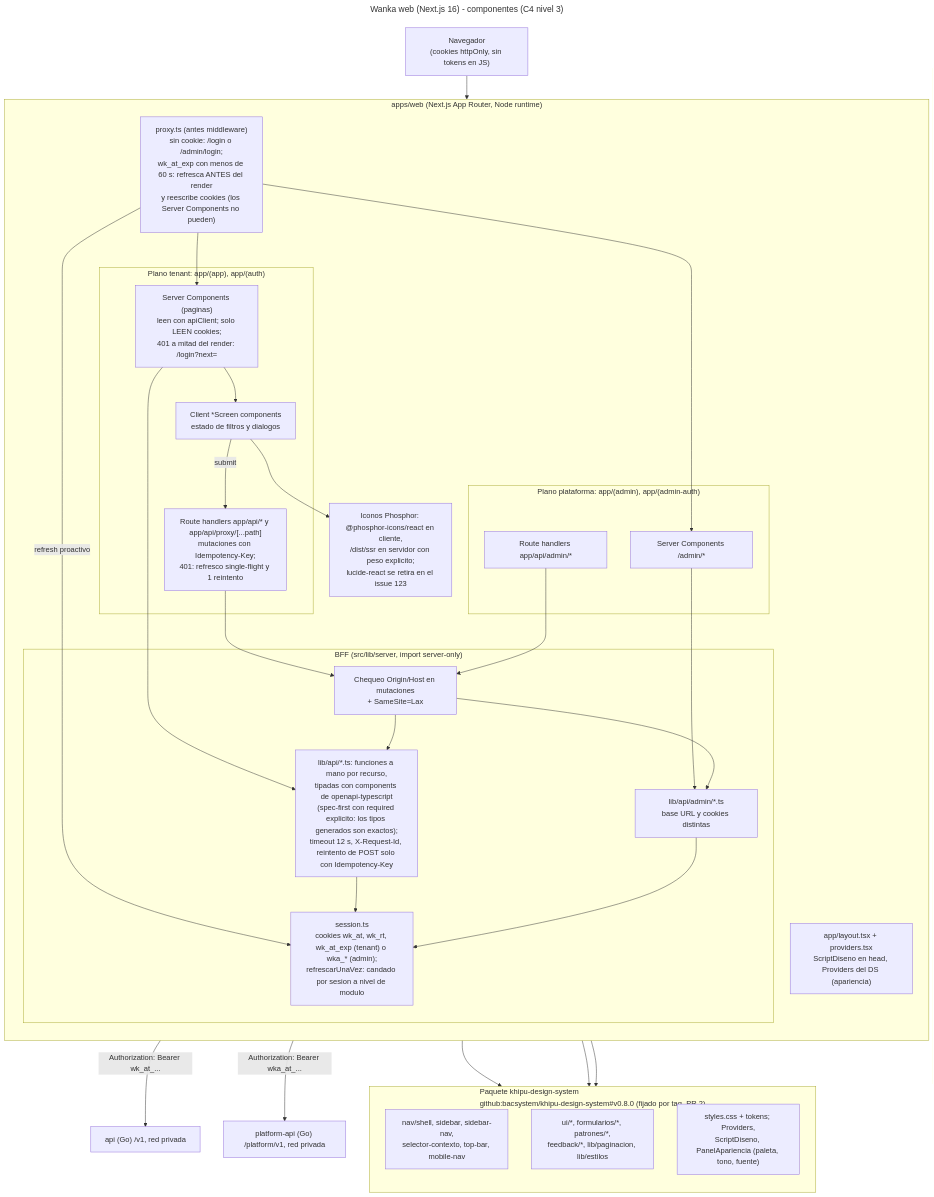
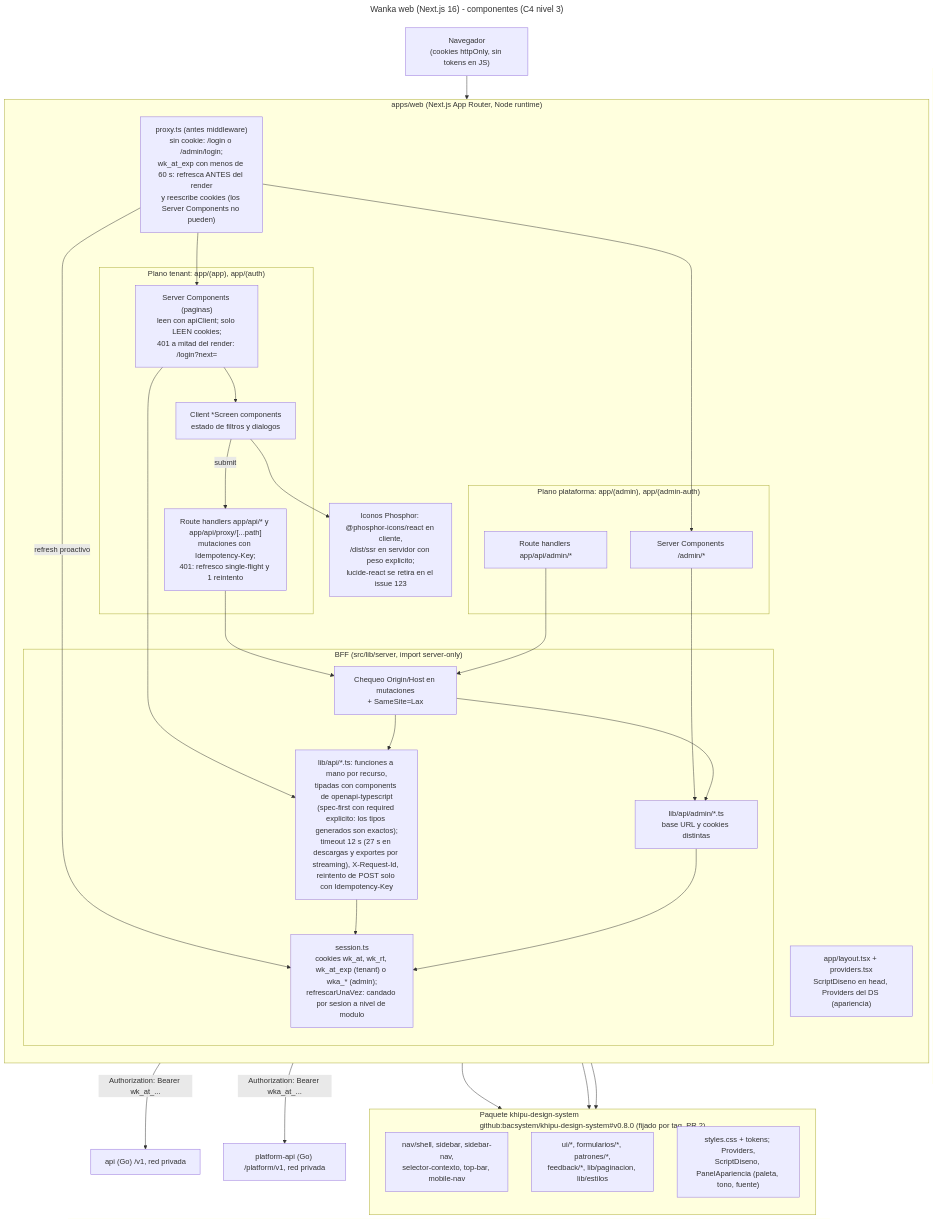
One commit to bacsystem/wanka changed the diagram in docs/architecture/c4/04-components-web.mmd. Above: the diagram before and after it, drawn with Mermaid. The commit also changed 7 other files, not shown here.

```diff
--- a/docs/architecture/c4/04-components-web.mmd
+++ b/docs/architecture/c4/04-components-web.mmd
@@ -1,59 +1,59 @@
 ---
 title: Wanka web (Next.js 16) - componentes (C4 nivel 3)
 ---
 flowchart TB
   browser["Navegador<br/>(cookies httpOnly, sin tokens en JS)"]
 
   subgraph ds["Paquete khipu-design-system<br/>github:bacsystem/khipu-design-system#v0.8.0 (fijado por tag, PR 2)"]
     direction TB
     dsShell["nav/shell, sidebar, sidebar-nav,<br/>selector-contexto, top-bar, mobile-nav"]
     dsUi["ui/*, formularios/*, patrones/*,<br/>feedback/*, lib/paginacion, lib/estilos"]
     dsTheme["styles.css + tokens; Providers,<br/>ScriptDiseno, PanelApariencia (paleta, tono, fuente)"]
   end
 
   subgraph web["apps/web (Next.js App Router, Node runtime)"]
     direction TB
     proxy["proxy.ts (antes middleware)<br/>sin cookie: /login o /admin/login;<br/>wk_at_exp con menos de 60 s: refresca ANTES del render<br/>y reescribe cookies (los Server Components no pueden)"]
     providers["app/layout.tsx + providers.tsx<br/>ScriptDiseno en head, Providers del DS (apariencia)"]
     icons["Iconos Phosphor: @phosphor-icons/react en cliente,<br/>/dist/ssr en servidor con peso explicito;<br/>lucide-react se retira en el issue 123"]
 
     subgraph tenantUi["Plano tenant: app/(app), app/(auth)"]
       rsc["Server Components (paginas)<br/>leen con apiClient; solo LEEN cookies;<br/>401 a mitad del render: /login?next="]
       screens["Client *Screen components<br/>estado de filtros y dialogos"]
       actions["Route handlers app/api/* y app/api/proxy/[...path]<br/>mutaciones con Idempotency-Key;<br/>401: refresco single-flight y 1 reintento"]
     end
 
     subgraph adminUi["Plano plataforma: app/(admin), app/(admin-auth)"]
       adminRsc["Server Components /admin/*"]
       adminActions["Route handlers app/api/admin/*"]
     end
 
     subgraph bff["BFF (src/lib/server, import server-only)"]
       session["session.ts<br/>cookies wk_at, wk_rt, wk_at_exp (tenant) o wka_* (admin);<br/>refrescarUnaVez: candado por sesion a nivel de modulo"]
-      apiClient["lib/api/*.ts: funciones a mano por recurso,<br/>tipadas con components de openapi-typescript<br/>(spec-first con required explicito: los tipos generados son exactos);<br/>timeout 12 s, X-Request-Id, reintento de POST solo con Idempotency-Key"]
+      apiClient["lib/api/*.ts: funciones a mano por recurso,<br/>tipadas con components de openapi-typescript<br/>(spec-first con required explicito: los tipos generados son exactos);<br/>timeout 12 s (27 s en descargas y exportes por streaming), X-Request-Id, reintento de POST solo con Idempotency-Key"]
       adminClient["lib/api/admin/*.ts<br/>base URL y cookies distintas"]
       csrf["Chequeo Origin/Host en mutaciones<br/>+ SameSite=Lax"]
     end
   end
 
   api["api (Go) /v1, red privada"]
   papi["platform-api (Go) /platform/v1, red privada"]
 
   browser --> proxy
   proxy -->|"refresh proactivo"| session
   proxy --> rsc
   proxy --> adminRsc
   providers --> dsTheme
   rsc --> dsShell
   screens --> dsUi
   screens --> icons
   rsc --> screens
   screens -->|"submit"| actions
   rsc --> apiClient
   actions --> csrf --> apiClient
   adminRsc --> adminClient
   adminActions --> csrf --> adminClient
   apiClient --> session
   adminClient --> session
   apiClient -->|"Authorization: Bearer wk_at_..."| api
   adminClient -->|"Authorization: Bearer wka_at_..."| papi
```
